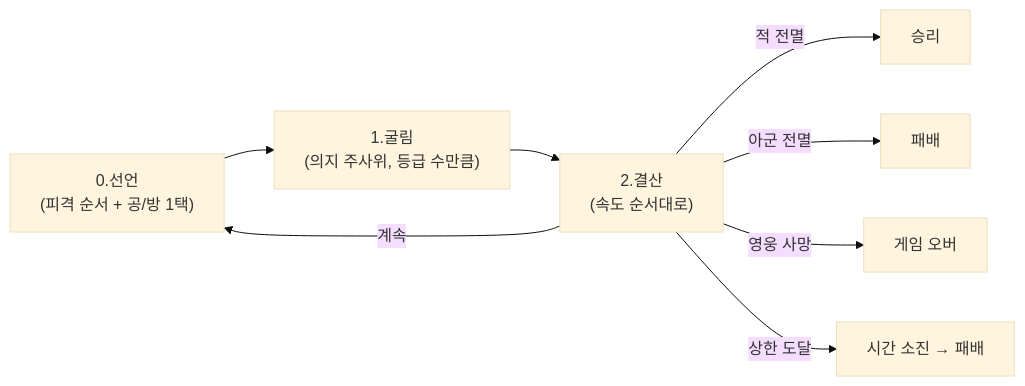
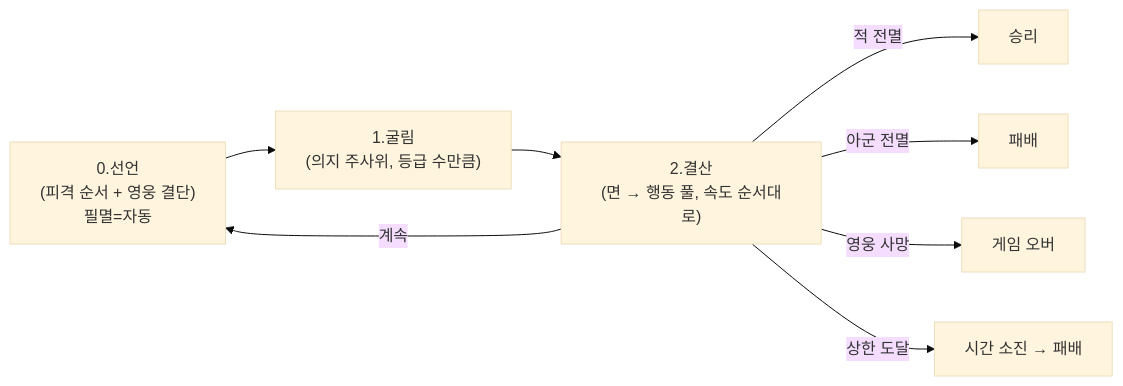
Before and after one commit to roam1215-beep/Chronicle-wiki: the diagram in 02_전투/구조/전투구조.md, drawn with Mermaid (base theme). The commit also changed other lines of this file and 22 other files, not shown here.

````diff
--- a/02_전투/구조/전투구조.md
+++ b/02_전투/구조/전투구조.md
@@ -277,10 +337,10 @@
 ```mermaid
 flowchart LR
-    S0["0.선언<br>(피격 순서 + 공/방 1택)"] --> S1["1.굴림<br>(의지 주사위, 등급 수만큼)"]
-    S1 --> S2["2.결산<br>(속도 순서대로)"]
+    S0["0.선언<br>(피격 순서 + 영웅 결단)<br>필멸=자동"] --> S1["1.굴림<br>(의지 주사위, 등급 수만큼)"]
+    S1 --> S2["2.결산<br>(면 → 행동 풀, 속도 순서대로)"]
     S2 -->|적 전멸| WIN["승리"]
     S2 -->|아군 전멸| LOSE["패배"]
     S2 -->|영웅 사망| GAMEOVER["게임 오버"]
     S2 -->|상한 도달| TIMEOUT["시간 소진 → 패배"]
     S2 -->|계속| S0
 ```
````
